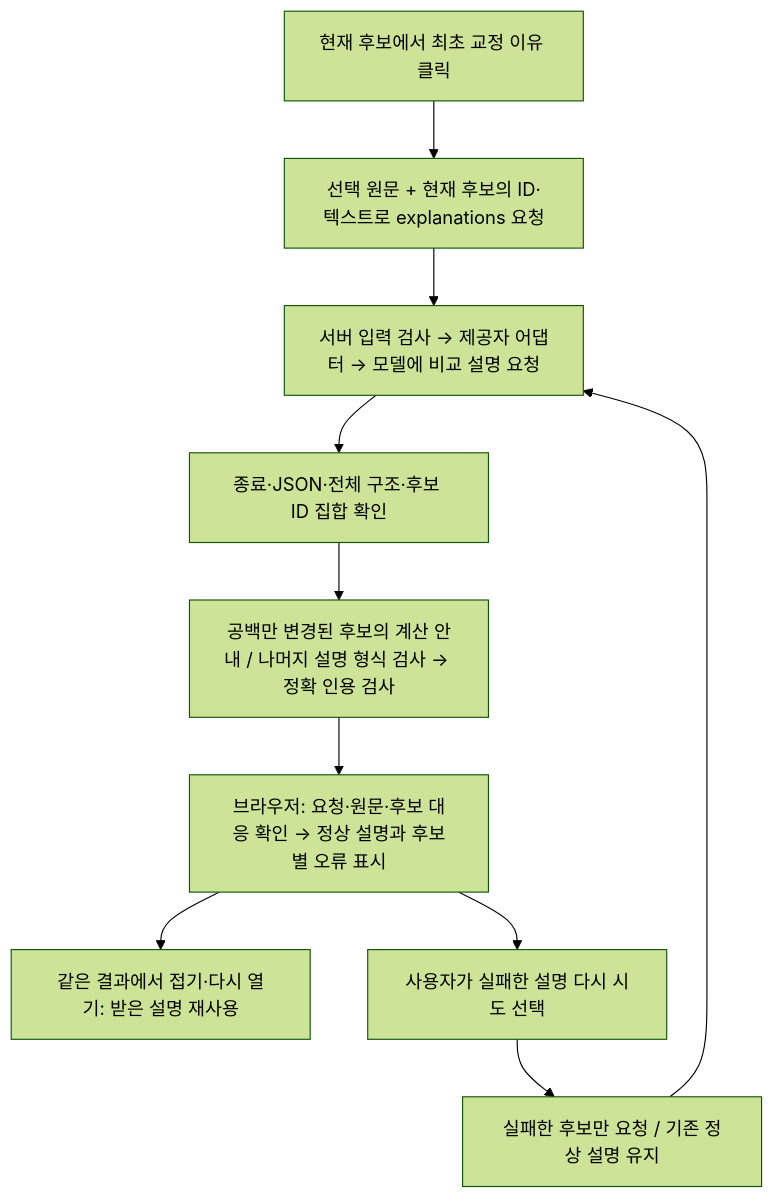
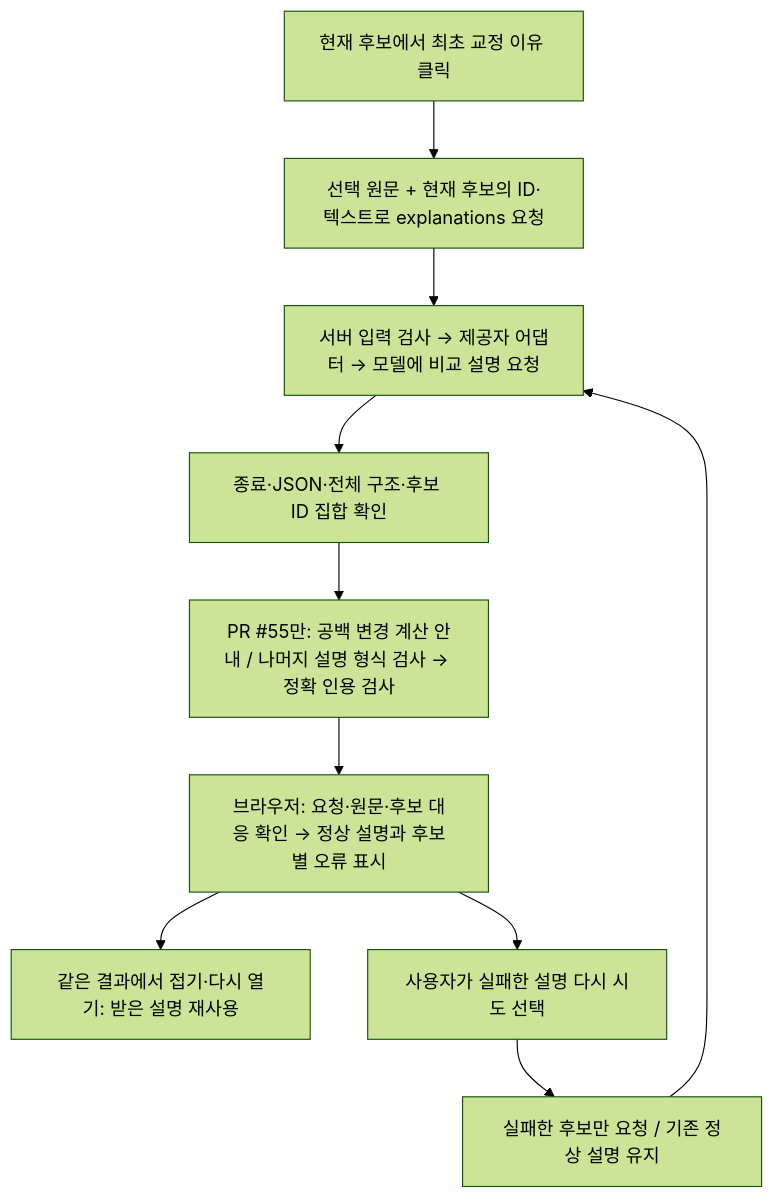
One commit to dhwjdgh1122/writing-demo changed the second of 2 diagrams in docs/ARCHITECTURE.md. Above: the diagram before and after it, drawn with Mermaid (forest theme). The commit also changed other lines of this file, not shown here.

````diff
--- a/docs/ARCHITECTURE.md
+++ b/docs/ARCHITECTURE.md
@@ -48,12 +48,12 @@
 ```mermaid
 flowchart TD
     A["현재 후보에서 최초 교정 이유 클릭"] --> B["선택 원문 + 현재 후보의 ID·텍스트로 explanations 요청"]
     B --> C["서버 입력 검사 → 제공자 어댑터 → 모델에 비교 설명 요청"]
     C --> D["종료·JSON·전체 구조·후보 ID 집합 확인"]
-    D --> E["공백만 변경된 후보의 계산 안내 / 나머지 설명 형식 검사 → 정확 인용 검사"]
+    D --> E["PR #55만: 공백 변경 계산 안내 / 나머지 설명 형식 검사 → 정확 인용 검사"]
     E --> F["브라우저: 요청·원문·후보 대응 확인 → 정상 설명과 후보별 오류 표시"]
     F --> G["같은 결과에서 접기·다시 열기: 받은 설명 재사용"]
     F --> H["사용자가 실패한 설명 다시 시도 선택"]
     H --> I["실패한 후보만 요청 / 기존 정상 설명 유지"]
     I --> C
 ```
````
